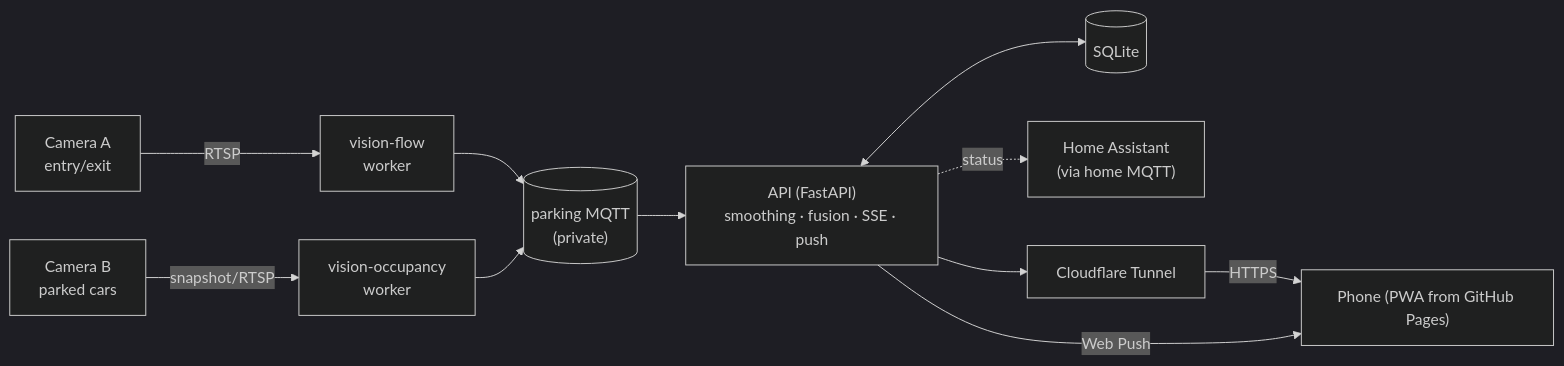
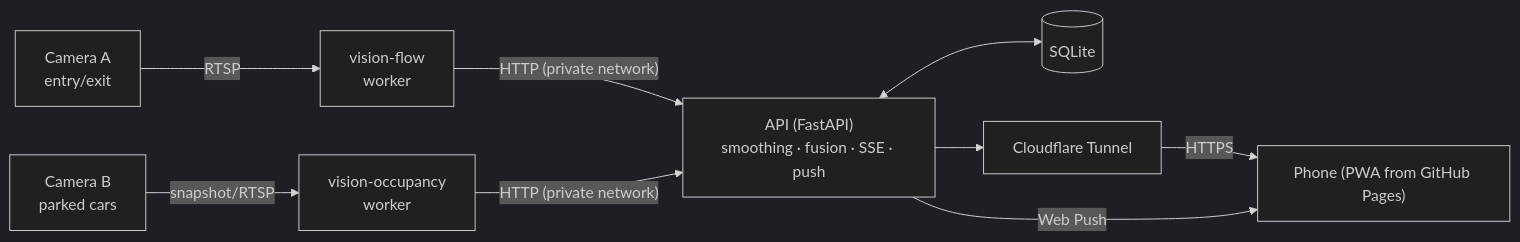
Before and after one commit to iulian-redinciuc/parking-app: the first of 2 diagrams in PLAN.md, drawn with Mermaid (dark theme). The commit also changed other lines of this file and 16 other files, not shown here.

First line of the commit message:
Make the app fully self-contained: drop Home Assistant and MQTT

````diff
--- a/PLAN.md
+++ b/PLAN.md
@@ -35,12 +35,10 @@
 ```mermaid
 flowchart LR
   CA["Camera A<br/>entry/exit"] -- RTSP --> WA["vision-flow<br/>worker"]
   CB["Camera B<br/>parked cars"] -- snapshot/RTSP --> WB["vision-occupancy<br/>worker"]
-  WA --> MQ[("parking MQTT<br/>(private)")]
-  WB --> MQ
-  MQ --> API["API (FastAPI)<br/>smoothing · fusion · SSE · push"]
+  WA -- "HTTP (private network)" --> API["API (FastAPI)<br/>smoothing · fusion · SSE · push"]
+  WB -- "HTTP (private network)" --> API
   API <--> DB[("SQLite")]
-  API -. status .-> HA["Home Assistant<br/>(via home MQTT)"]
   API --> T["Cloudflare Tunnel"] -- HTTPS --> Phone["Phone (PWA from GitHub Pages)"]
   API -- Web Push --> Phone
 ```
````
